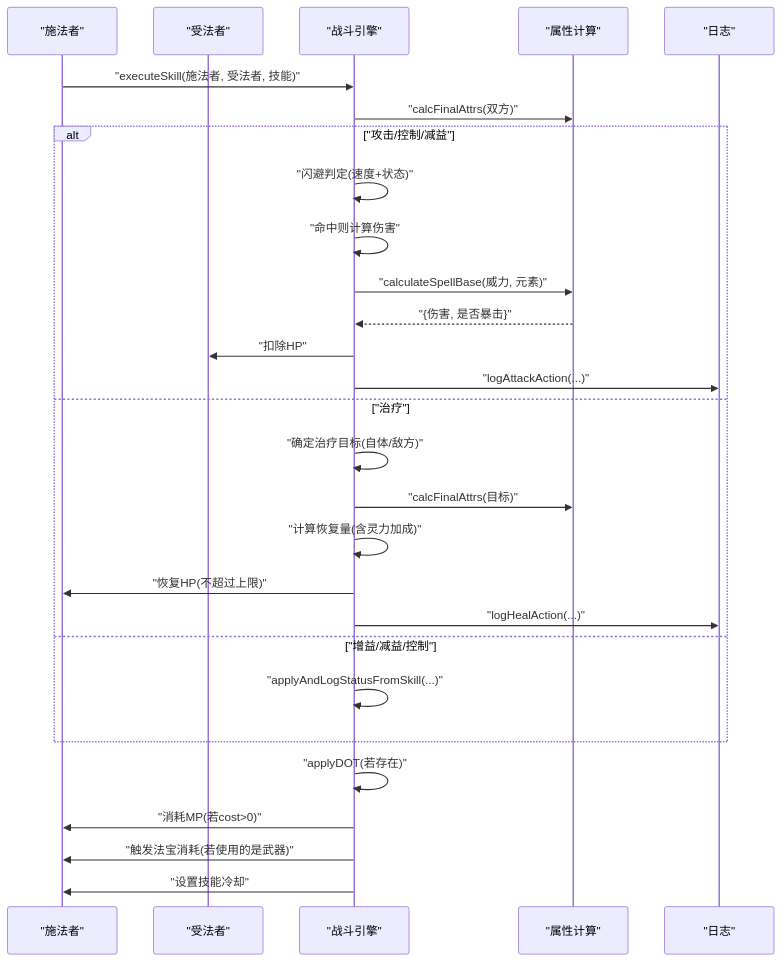
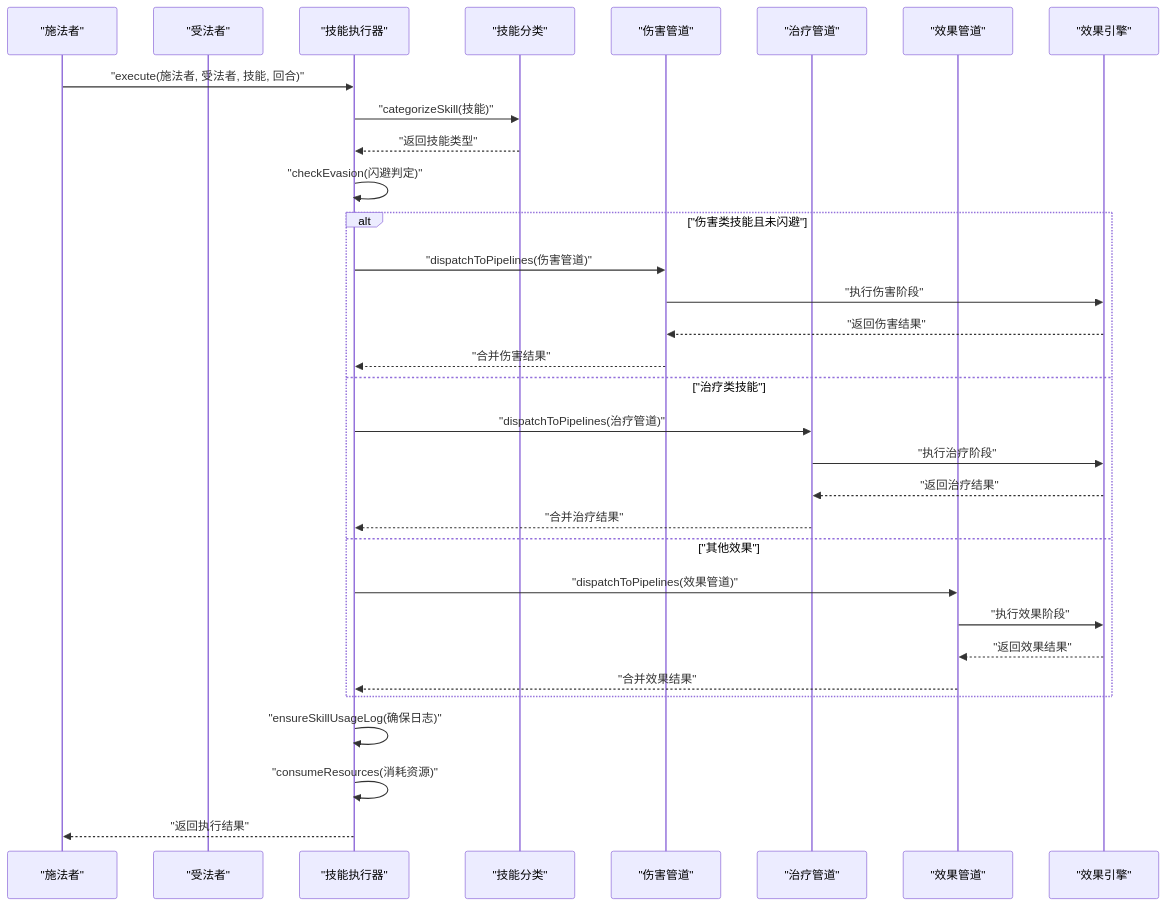
One commit to ChurchTao/Daoyou changed the second of 6 diagrams in .qoder/repowiki/zh/content/核心功能模块/战斗系统/战斗流程/回合执行/技能执行逻辑.md. Above: the diagram before and after it, drawn with Mermaid. The commit also changed other lines of this file and 5 other files, not shown here.

````diff
--- a/.qoder/repowiki/zh/content/核心功能模块/战斗系统/战斗流程/回合执行/技能执行逻辑.md
+++ b/.qoder/repowiki/zh/content/核心功能模块/战斗系统/战斗流程/回合执行/技能执行逻辑.md
@@ -97,30 +131,34 @@
 ```mermaid
 sequenceDiagram
 participant A as "施法者"
 participant D as "受法者"
-participant E as "战斗引擎"
-participant U as "属性计算"
-participant L as "日志"
-A->>E : "executeSkill(施法者, 受法者, 技能)"
-E->>U : "calcFinalAttrs(双方)"
-alt "攻击/控制/减益"
-E->>E : "闪避判定(速度+状态)"
-E->>E : "命中则计算伤害"
-E->>U : "calculateSpellBase(威力, 元素)"
-U-->>E : "{伤害, 是否暴击}"
-E->>D : "扣除HP"
-E->>L : "logAttackAction(...)"
-else "治疗"
-E->>E : "确定治疗目标(自体/敌方)"
-E->>U : "calcFinalAttrs(目标)"
-E->>E : "计算恢复量(含灵力加成)"
-E->>A : "恢复HP(不超过上限)"
-E->>L : "logHealAction(...)"
-else "增益/减益/控制"
-E->>E : "applyAndLogStatusFromSkill(...)"
+participant SE as "技能执行器"
+participant SC as "技能分类"
+participant DP as "伤害管道"
+participant HP as "治疗管道"
+participant EP as "效果管道"
+participant EE as "效果引擎"
+A->>SE : "execute(施法者, 受法者, 技能, 回合)"
+SE->>SC : "categorizeSkill(技能)"
+SC-->>SE : "返回技能类型"
+SE->>SE : "checkEvasion(闪避判定)"
+alt "伤害类技能且未闪避"
+SE->>DP : "dispatchToPipelines(伤害管道)"
+DP->>EE : "执行伤害阶段"
+EE-->>DP : "返回伤害结果"
+DP-->>SE : "合并伤害结果"
+else "治疗类技能"
+SE->>HP : "dispatchToPipelines(治疗管道)"
+HP->>EE : "执行治疗阶段"
+EE-->>HP : "返回治疗结果"
+HP-->>SE : "合并治疗结果"
+else "其他效果"
+SE->>EP : "dispatchToPipelines(效果管道)"
+EP->>EE : "执行效果阶段"
+EE-->>EP : "返回效果结果"
+EP-->>SE : "合并效果结果"
 end
-E->>E : "applyDOT(若存在)"
-E->>A : "消耗MP(若cost>0)"
-E->>A : "触发法宝消耗(若使用的是武器)"
-E->>A : "设置技能冷却"
+SE->>SE : "ensureSkillUsageLog(确保日志)"
+SE->>SE : "consumeResources(消耗资源)"
+SE-->>A : "返回执行结果"
 ```
````
